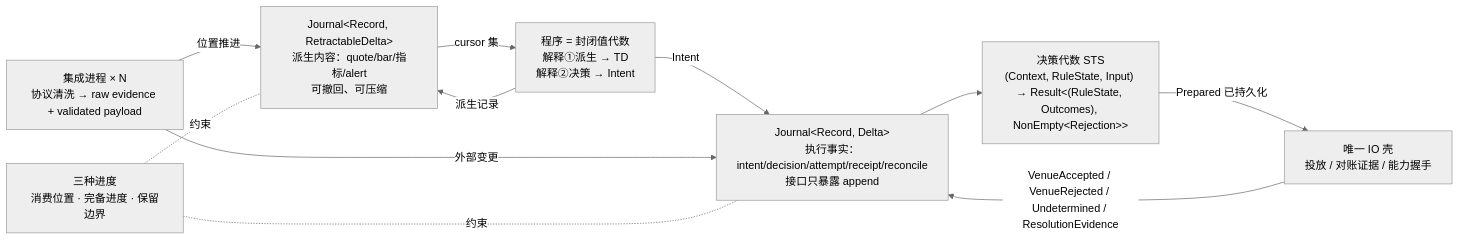
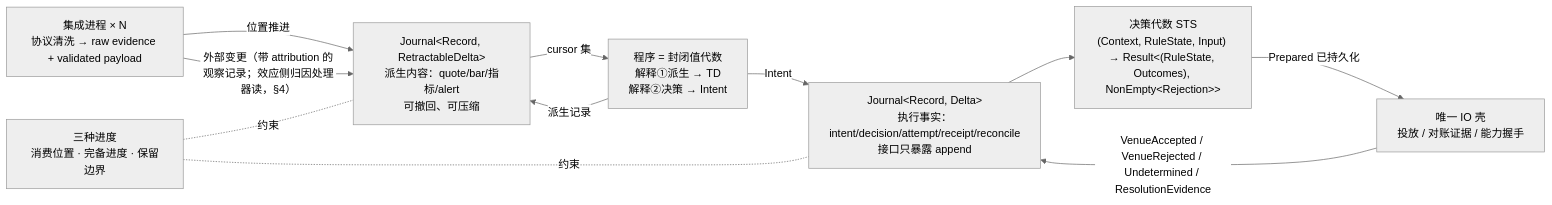
One commit to mouriya-s-lab/uta changed the first of 3 diagrams in design/uta-design.md. Above: the diagram before and after it, drawn with Mermaid (neutral theme). The commit also changed other lines of this file and 6 other files, not shown here.

````diff
--- a/design/uta-design.md
+++ b/design/uta-design.md
@@ -406,20 +406,20 @@
 ```mermaid
 flowchart LR
   INT["集成进程 × N<br/>协议清洗 → raw evidence + validated payload"]
   TD["Journal&lt;Record, RetractableDelta&gt;<br/>派生内容：quote/bar/指标/alert<br/>可撤回、可压缩"]
   TE["Journal&lt;Record, Delta&gt;<br/>执行事实：intent/decision/attempt/receipt/reconcile<br/>接口只暴露 append"]
   STS["决策代数 STS<br/>(Context, RuleState, Input) → Result&lt;(RuleState, Outcomes), NonEmpty&lt;Rejection&gt;&gt;"]
   PROG["程序 = 封闭值代数<br/>解释①派生 → TD<br/>解释②决策 → Intent"]
   IO["唯一 IO 壳<br/>投放 / 对账证据 / 能力握手"]
   FR["三种进度<br/>消费位置 · 完备进度 · 保留边界"]
   INT -->|位置推进| TD
   TD -->|cursor 集| PROG
   PROG -->|派生记录| TD
   PROG -->|Intent| TE
   TE --> STS
   STS -->|Prepared 已持久化| IO
   IO -->|VenueAccepted / VenueRejected / Undetermined / ResolutionEvidence| TE
-  INT -->|外部变更| TE
+  INT -->|外部变更（带 attribution 的观察记录；效应侧归因处理器读，§4）| TD
   FR -.约束.- TD
   FR -.约束.- TE
 ```
````
